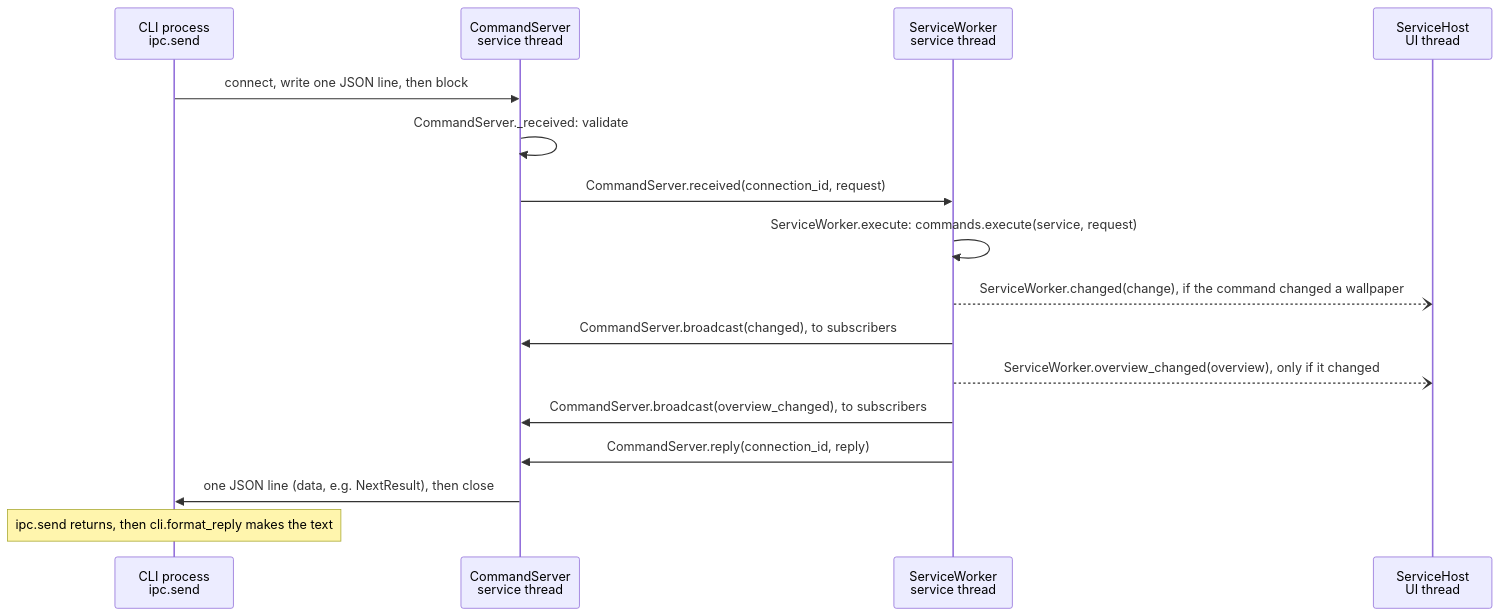
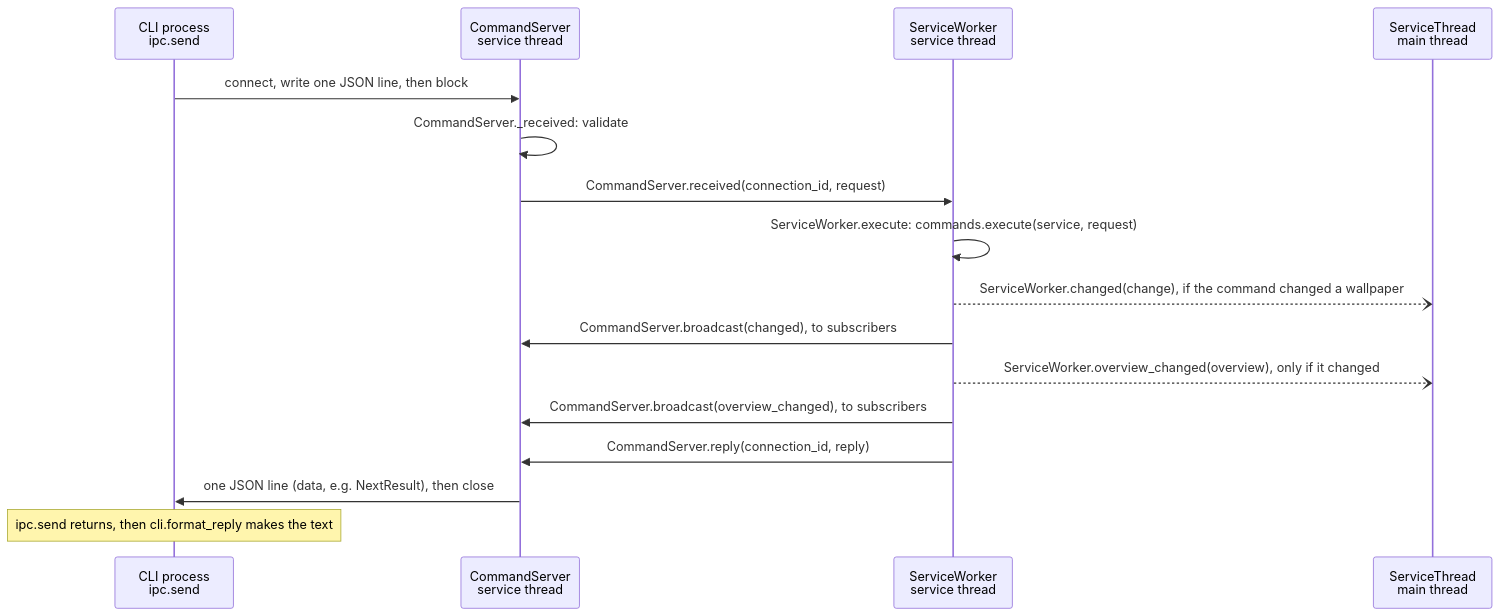
One commit to cheshire0xff/wallpaper_py changed the second of 10 diagrams in docs/app-wiring.md. Above: the diagram before and after it, drawn with Mermaid. The commit also changed other lines of this file and 68 other files, not shown here.

````diff
--- a/docs/app-wiring.md
+++ b/docs/app-wiring.md
@@ -84,19 +84,19 @@
 ```mermaid
 sequenceDiagram
     participant CLI as CLI process<br/>ipc.send
     participant S as CommandServer<br/>service thread
     participant W as ServiceWorker<br/>service thread
-    participant H as ServiceHost<br/>UI thread
+    participant H as ServiceThread<br/>main thread
 
     CLI->>S: connect, write one JSON line, then block
     S->>S: CommandServer._received: validate
     S->>W: CommandServer.received(connection_id, request)
     W->>W: ServiceWorker.execute: commands.execute(service, request)
     W--)H: ServiceWorker.changed(change), if the command changed a wallpaper
     W->>S: CommandServer.broadcast(changed), to subscribers
     W--)H: ServiceWorker.overview_changed(overview), only if it changed
     W->>S: CommandServer.broadcast(overview_changed), to subscribers
     W->>S: CommandServer.reply(connection_id, reply)
     S->>CLI: one JSON line (data, e.g. NextResult), then close
     Note over CLI: ipc.send returns, then cli.format_reply makes the text
 ```
````
